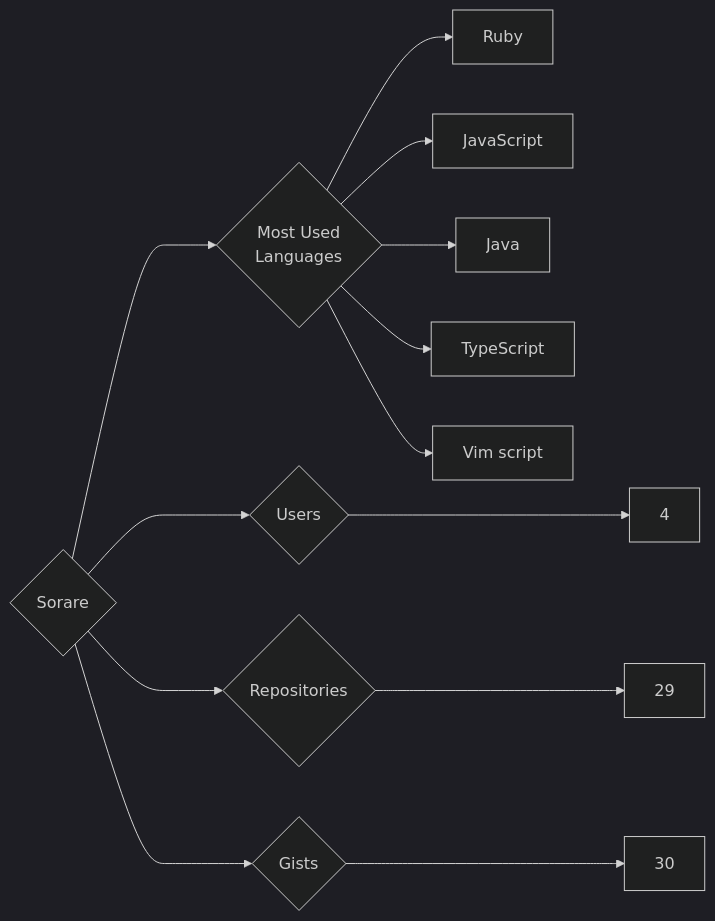
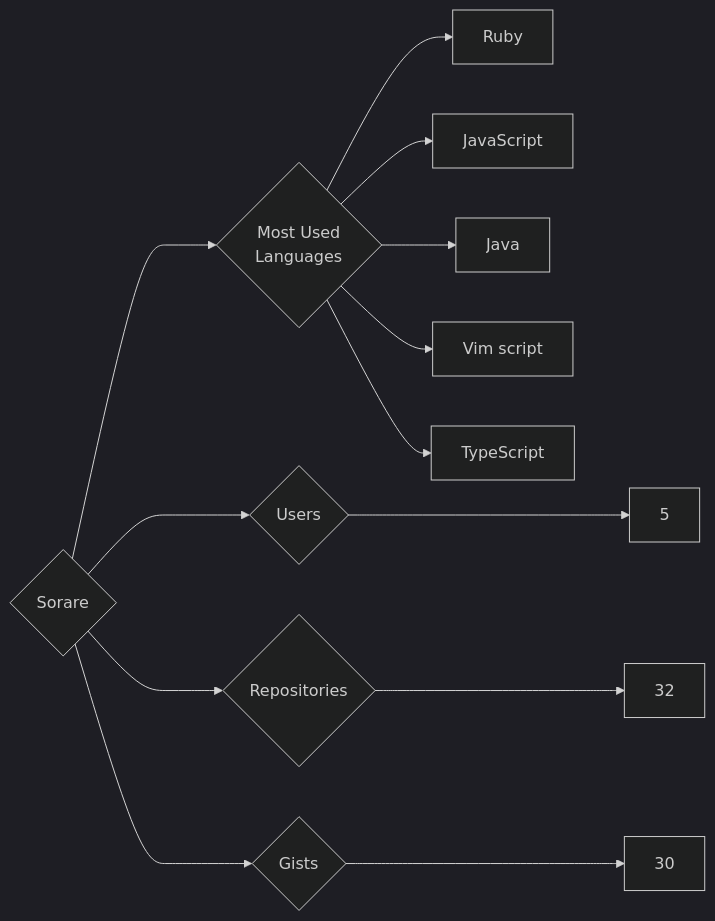
One commit to trickest/insiders changed the diagram in targets/Sorare/README.md. Above: the diagram before and after it, drawn with Mermaid (dark theme). The commit also changed 1011 other files, not shown here.

````diff
--- a/targets/Sorare/README.md
+++ b/targets/Sorare/README.md
@@ -3,13 +3,13 @@
 ```mermaid
 graph LR
 COMPANY_NAME{Sorare}
-COMPANY_NAME ---> U{Users} ---> UN[4]
-COMPANY_NAME ---> R{Repositories} ---> RN[29]
+COMPANY_NAME ---> U{Users} ---> UN[5]
+COMPANY_NAME ---> R{Repositories} ---> RN[32]
 COMPANY_NAME ---> G{Gists} ---> GN[30]
 COMPANY_NAME ---> ML{Most Used<br>Languages}
 ML --> Ruby[Ruby]
 ML --> JavaScript[JavaScript]
 ML --> Java[Java]
+ML --> Vim_script[Vim script]
 ML --> TypeScript[TypeScript]
-ML --> Vim_script[Vim script]
 ```
````
